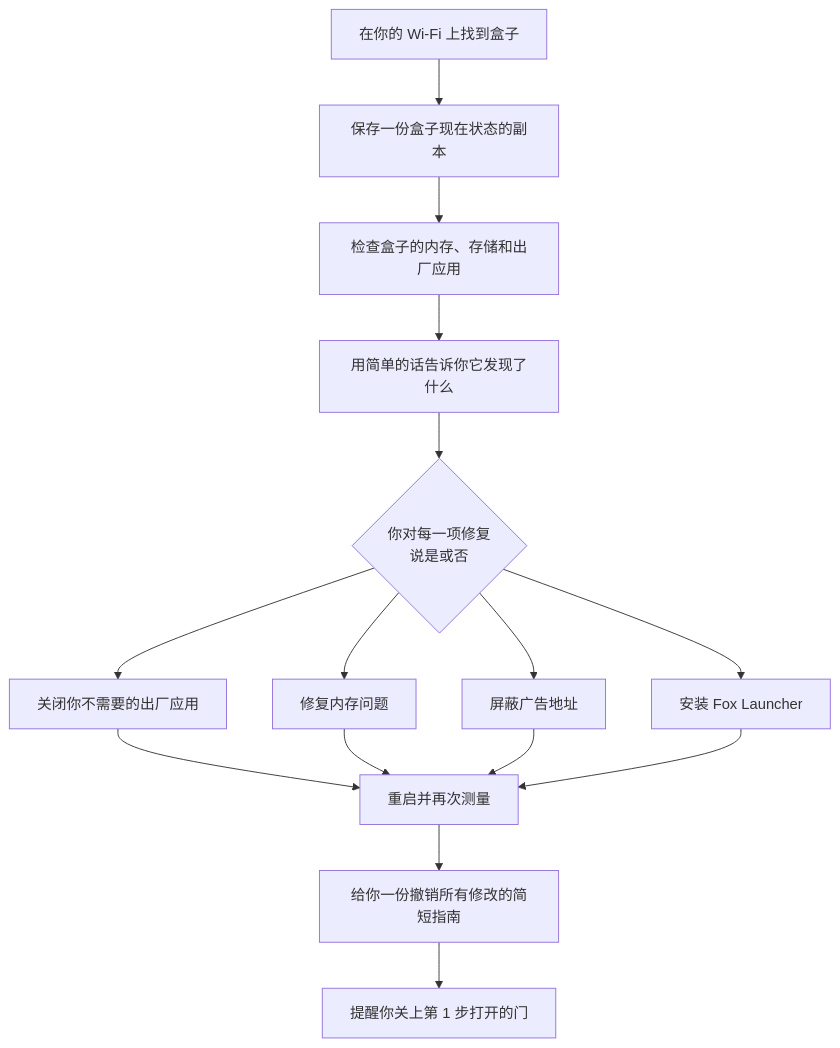
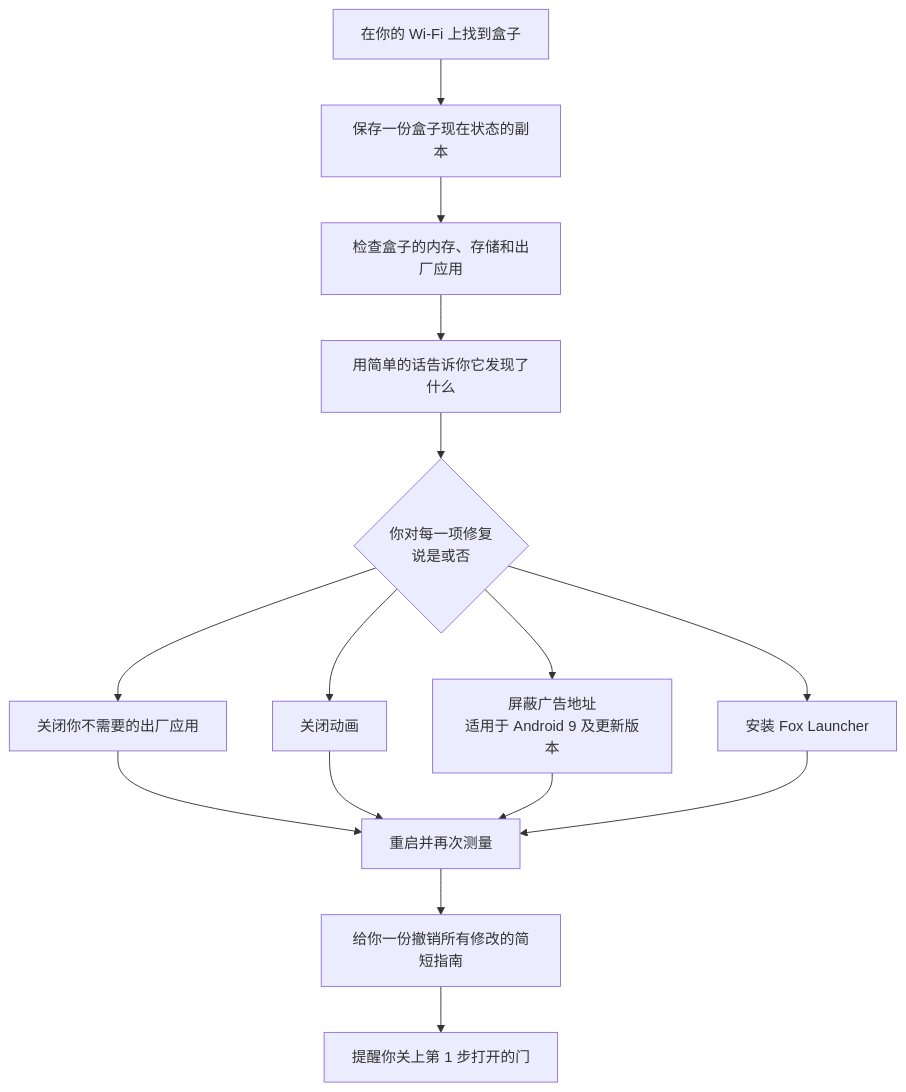
One commit to franco-valenzuela/fox-launcher-tvbox changed the diagram in docs/i18n/README.zh.md. Above: the diagram before and after it, drawn with Mermaid. The commit also changed other lines of this file and 19 other files, not shown here.

````diff
--- a/docs/i18n/README.zh.md
+++ b/docs/i18n/README.zh.md
@@ -82,17 +84,17 @@
 ```mermaid
 flowchart TD
     A[在你的 Wi-Fi 上找到盒子] --> B[保存一份盒子现在状态的副本]
     B --> C[检查盒子的内存、存储和出厂应用]
     C --> D[用简单的话告诉你它发现了什么]
     D --> E{你对每一项修复<br/>说是或否}
     E --> F[关闭你不需要的出厂应用]
-    E --> G[修复内存问题]
-    E --> H[屏蔽广告地址]
+    E --> G[关闭动画]
+    E --> H[屏蔽广告地址<br/>适用于 Android 9 及更新版本]
     E --> I[安装 Fox Launcher]
     F --> J[重启并再次测量]
     G --> J
     H --> J
     I --> J
     J --> K[给你一份撤销所有修改的简短指南]
     K --> L[提醒你关上第 1 步打开的门]
 ```
````
